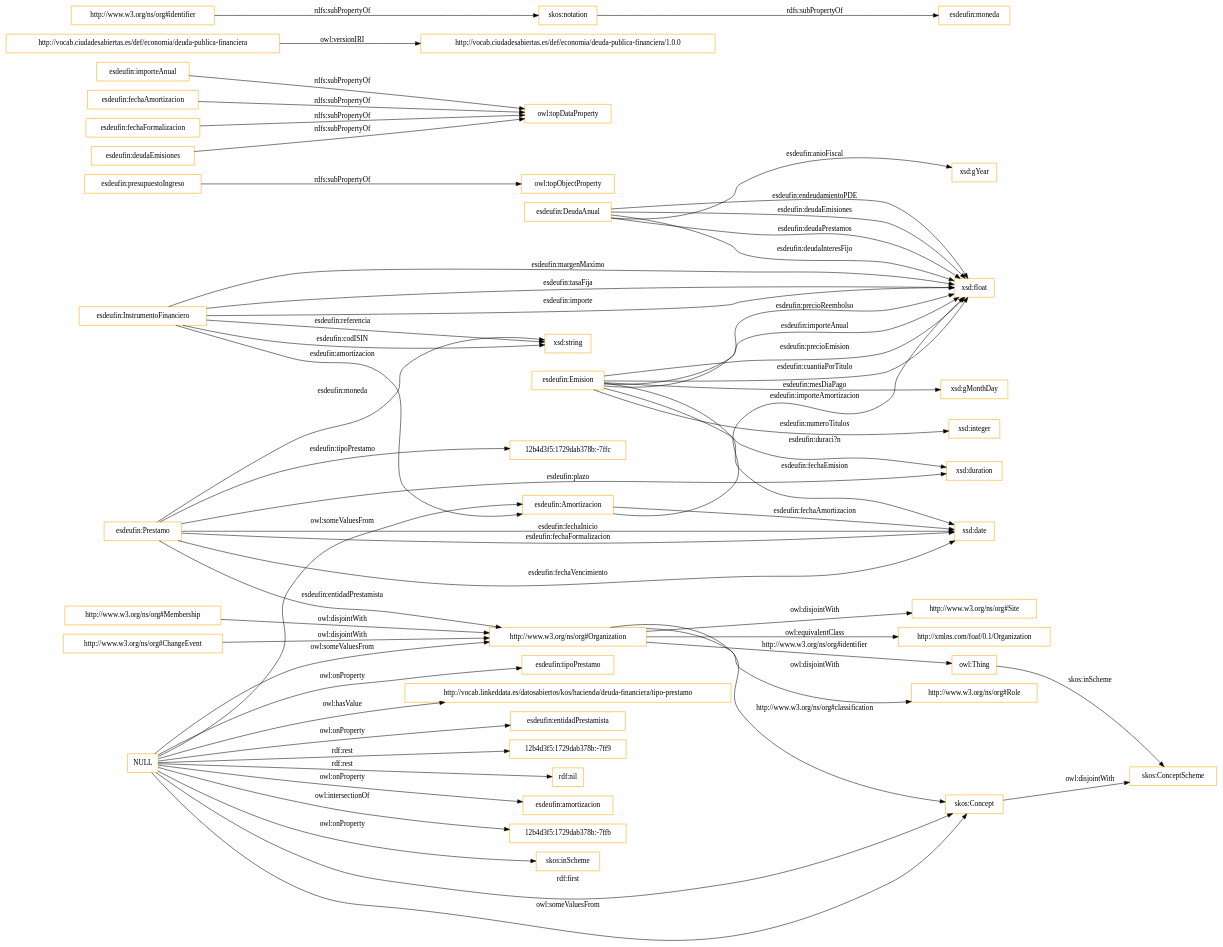
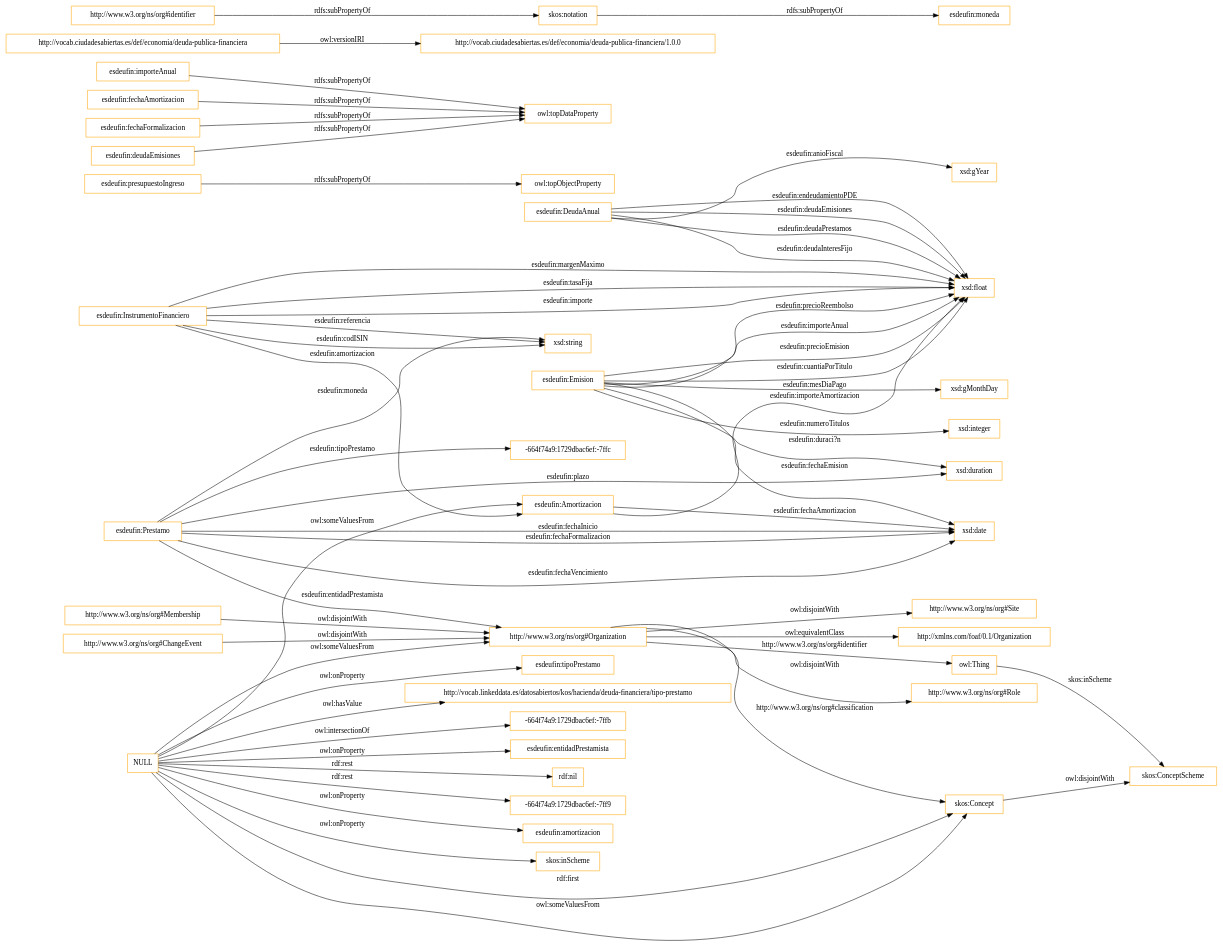
Before and after one commit to leticiarubalcabadg/vocab-economia-deuda-financiera: the diagram in OnToology/ontology/deudaPublicaFinanciera.owl/diagrams/ar2dtool-class/deudaPublicaFinanciera.owl.png.dot, drawn with Graphviz. The commit also changed 20 other files, not shown here.

```diff
--- a/OnToology/ontology/deudaPublicaFinanciera.owl/diagrams/ar2dtool-class/deudaPublicaFinanciera.owl.png.dot
+++ b/OnToology/ontology/deudaPublicaFinanciera.owl/diagrams/ar2dtool-class/deudaPublicaFinanciera.owl.png.dot
@@ -1,63 +1,63 @@
 digraph ar2dtool_diagram { 
 rankdir=LR;
 size="1501"
-node [shape = rectangle, color="orange"]; "esdeufin:InstrumentoFinanciero" "esdeufin:DeudaAnual" "esdeufin:Emision" "esdeufin:Amortizacion" "http://www.w3.org/ns/org#Site" "skos:ConceptScheme" "esdeufin:Prestamo" "http://xmlns.com/foaf/0.1/Organization" "skos:Concept" "http://www.w3.org/ns/org#Organization" "http://www.w3.org/ns/org#Role" "12b4d3f5:1729dab378b:-7ffc" "http://www.w3.org/ns/org#ChangeEvent" "http://www.w3.org/ns/org#Membership" ; /*classes style*/
+node [shape = rectangle, color="orange"]; "esdeufin:InstrumentoFinanciero" "esdeufin:DeudaAnual" "-664f74a9:1729dbac6ef:-7ffc" "esdeufin:Emision" "esdeufin:Amortizacion" "http://www.w3.org/ns/org#Site" "skos:ConceptScheme" "esdeufin:Prestamo" "http://xmlns.com/foaf/0.1/Organization" "skos:Concept" "http://www.w3.org/ns/org#Organization" "http://www.w3.org/ns/org#Role" "http://www.w3.org/ns/org#ChangeEvent" "http://www.w3.org/ns/org#Membership" ; /*classes style*/
 	"esdeufin:presupuestoIngreso" -> "owl:topObjectProperty" [ label = "rdfs:subPropertyOf" ];
 	"esdeufin:importeAnual" -> "owl:topDataProperty" [ label = "rdfs:subPropertyOf" ];
 	"skos:Concept" -> "skos:ConceptScheme" [ label = "owl:disjointWith" ];
 	"http://www.w3.org/ns/org#Membership" -> "http://www.w3.org/ns/org#Organization" [ label = "owl:disjointWith" ];
 	"http://vocab.ciudadesabiertas.es/def/economia/deuda-publica-financiera" -> "http://vocab.ciudadesabiertas.es/def/economia/deuda-publica-financiera/1.0.0" [ label = "owl:versionIRI" ];
 	"http://www.w3.org/ns/org#Organization" -> "http://www.w3.org/ns/org#Role" [ label = "owl:disjointWith" ];
 	"http://www.w3.org/ns/org#Organization" -> "http://xmlns.com/foaf/0.1/Organization" [ label = "owl:equivalentClass" ];
 	"http://www.w3.org/ns/org#Organization" -> "http://www.w3.org/ns/org#Site" [ label = "owl:disjointWith" ];
 	"http://www.w3.org/ns/org#ChangeEvent" -> "http://www.w3.org/ns/org#Organization" [ label = "owl:disjointWith" ];
 	"NULL" -> "esdeufin:tipoPrestamo" [ label = "owl:onProperty" ];
 	"NULL" -> "http://vocab.linkeddata.es/datosabiertos/kos/hacienda/deuda-financiera/tipo-prestamo" [ label = "owl:hasValue" ];
+	"NULL" -> "-664f74a9:1729dbac6ef:-7ffb" [ label = "owl:intersectionOf" ];
 	"NULL" -> "skos:Concept" [ label = "rdf:first" ];
 	"NULL" -> "esdeufin:entidadPrestamista" [ label = "owl:onProperty" ];
-	"NULL" -> "12b4d3f5:1729dab378b:-7ff9" [ label = "rdf:rest" ];
 	"NULL" -> "rdf:nil" [ label = "rdf:rest" ];
 	"NULL" -> "skos:Concept" [ label = "owl:someValuesFrom" ];
 	"NULL" -> "http://www.w3.org/ns/org#Organization" [ label = "owl:someValuesFrom" ];
+	"NULL" -> "-664f74a9:1729dbac6ef:-7ff9" [ label = "rdf:rest" ];
 	"NULL" -> "esdeufin:amortizacion" [ label = "owl:onProperty" ];
 	"NULL" -> "esdeufin:Amortizacion" [ label = "owl:someValuesFrom" ];
-	"NULL" -> "12b4d3f5:1729dab378b:-7ffb" [ label = "owl:intersectionOf" ];
 	"NULL" -> "skos:inScheme" [ label = "owl:onProperty" ];
 	"skos:notation" -> "esdeufin:moneda" [ label = "rdfs:subPropertyOf" ];
 	"esdeufin:fechaAmortizacion" -> "owl:topDataProperty" [ label = "rdfs:subPropertyOf" ];
 	"http://www.w3.org/ns/org#identifier" -> "skos:notation" [ label = "rdfs:subPropertyOf" ];
 	"esdeufin:fechaFormalizacion" -> "owl:topDataProperty" [ label = "rdfs:subPropertyOf" ];
 	"esdeufin:deudaEmisiones" -> "owl:topDataProperty" [ label = "rdfs:subPropertyOf" ];
 	"esdeufin:Emision" -> "xsd:integer" [ label = "esdeufin:numeroTitulos" ];
 	"esdeufin:DeudaAnual" -> "xsd:float" [ label = "esdeufin:endeudamientoPDE" ];
 	"esdeufin:Emision" -> "xsd:gMonthDay" [ label = "esdeufin:mesDiaPago" ];
 	"esdeufin:InstrumentoFinanciero" -> "xsd:float" [ label = "esdeufin:margenMaximo" ];
 	"esdeufin:InstrumentoFinanciero" -> "xsd:string" [ label = "esdeufin:codISIN" ];
 	"esdeufin:Prestamo" -> "xsd:date" [ label = "esdeufin:fechaVencimiento" ];
 	"esdeufin:InstrumentoFinanciero" -> "xsd:float" [ label = "esdeufin:tasaFija" ];
 	"esdeufin:InstrumentoFinanciero" -> "xsd:string" [ label = "esdeufin:referencia" ];
 	"esdeufin:InstrumentoFinanciero" -> "esdeufin:Amortizacion" [ label = "esdeufin:amortizacion" ];
 	"owl:Thing" -> "skos:ConceptScheme" [ label = "skos:inScheme" ];
 	"esdeufin:Emision" -> "xsd:float" [ label = "esdeufin:importeAnual" ];
 	"http://www.w3.org/ns/org#Organization" -> "owl:Thing" [ label = "http://www.w3.org/ns/org#identifier" ];
 	"esdeufin:Prestamo" -> "xsd:string" [ label = "esdeufin:moneda" ];
 	"http://www.w3.org/ns/org#Organization" -> "skos:Concept" [ label = "http://www.w3.org/ns/org#classification" ];
 	"esdeufin:Emision" -> "xsd:float" [ label = "esdeufin:precioEmision" ];
 	"esdeufin:Emision" -> "xsd:duration" [ label = "esdeufin:duraci?n" ];
 	"esdeufin:DeudaAnual" -> "xsd:float" [ label = "esdeufin:deudaEmisiones" ];
 	"esdeufin:Emision" -> "xsd:float" [ label = "esdeufin:cuantiaPorTitulo" ];
 	"esdeufin:DeudaAnual" -> "xsd:float" [ label = "esdeufin:deudaPrestamos" ];
 	"esdeufin:Emision" -> "xsd:date" [ label = "esdeufin:fechaEmision" ];
 	"esdeufin:DeudaAnual" -> "xsd:float" [ label = "esdeufin:deudaInteresFijo" ];
 	"esdeufin:Amortizacion" -> "xsd:date" [ label = "esdeufin:fechaAmortizacion" ];
 	"esdeufin:Amortizacion" -> "xsd:float" [ label = "esdeufin:importeAmortizacion" ];
 	"esdeufin:Prestamo" -> "xsd:duration" [ label = "esdeufin:plazo" ];
-	"esdeufin:Prestamo" -> "12b4d3f5:1729dab378b:-7ffc" [ label = "esdeufin:tipoPrestamo" ];
+	"esdeufin:Prestamo" -> "-664f74a9:1729dbac6ef:-7ffc" [ label = "esdeufin:tipoPrestamo" ];
 	"esdeufin:Prestamo" -> "xsd:date" [ label = "esdeufin:fechaInicio" ];
 	"esdeufin:DeudaAnual" -> "xsd:gYear" [ label = "esdeufin:anioFiscal" ];
 	"esdeufin:InstrumentoFinanciero" -> "xsd:float" [ label = "esdeufin:importe" ];
 	"esdeufin:Prestamo" -> "xsd:date" [ label = "esdeufin:fechaFormalizacion" ];
 	"esdeufin:Emision" -> "xsd:float" [ label = "esdeufin:precioReembolso" ];
 	"esdeufin:Prestamo" -> "http://www.w3.org/ns/org#Organization" [ label = "esdeufin:entidadPrestamista" ];
 
 }
```
